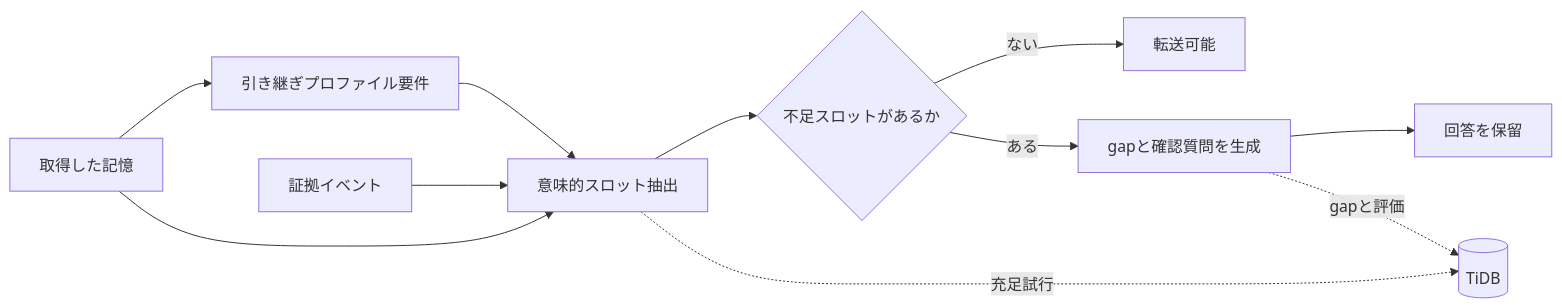
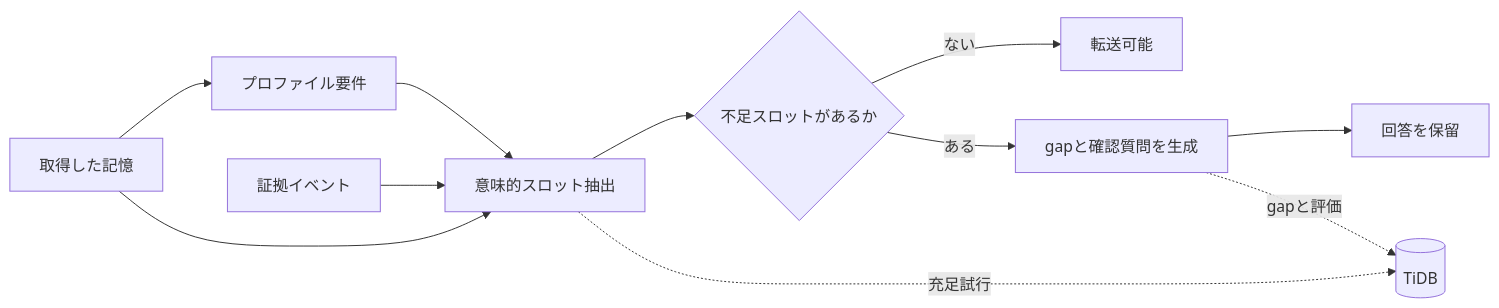
One commit to masanori0209/handovergap changed the diagram in article/zenn_draft.md. Above: the diagram before and after it, drawn with Mermaid. The commit also changed other lines of this file and 114 other files, not shown here.

````diff
--- a/article/zenn_draft.md
+++ b/article/zenn_draft.md
@@ -71,13 +71,13 @@
 ```mermaid
 flowchart LR
-    M[取得した記憶] --> R[引き継ぎプロファイル要件]
+    M[取得した記憶] --> R[プロファイル要件]
     E[証拠イベント] --> F[意味的スロット抽出]
     R --> F
     M --> F
     F --> G{不足スロットがあるか}
     G -- ない --> A[転送可能]
     G -- ある --> Q[gapと確認質問を生成]
     Q --> B[回答を保留]
     F -. 充足試行 .-> T[(TiDB)]
     Q -. gapと評価 .-> T
 ```
````
